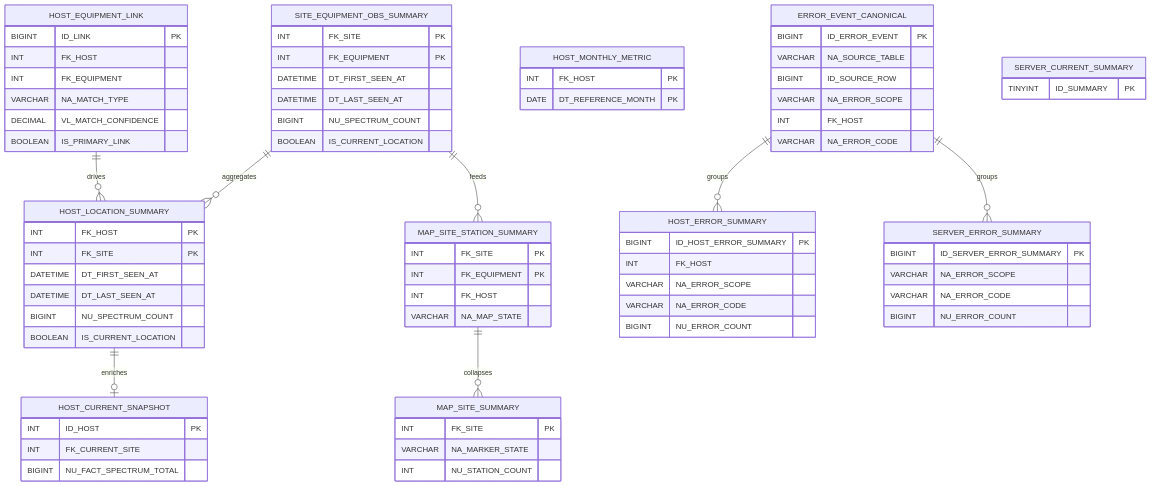
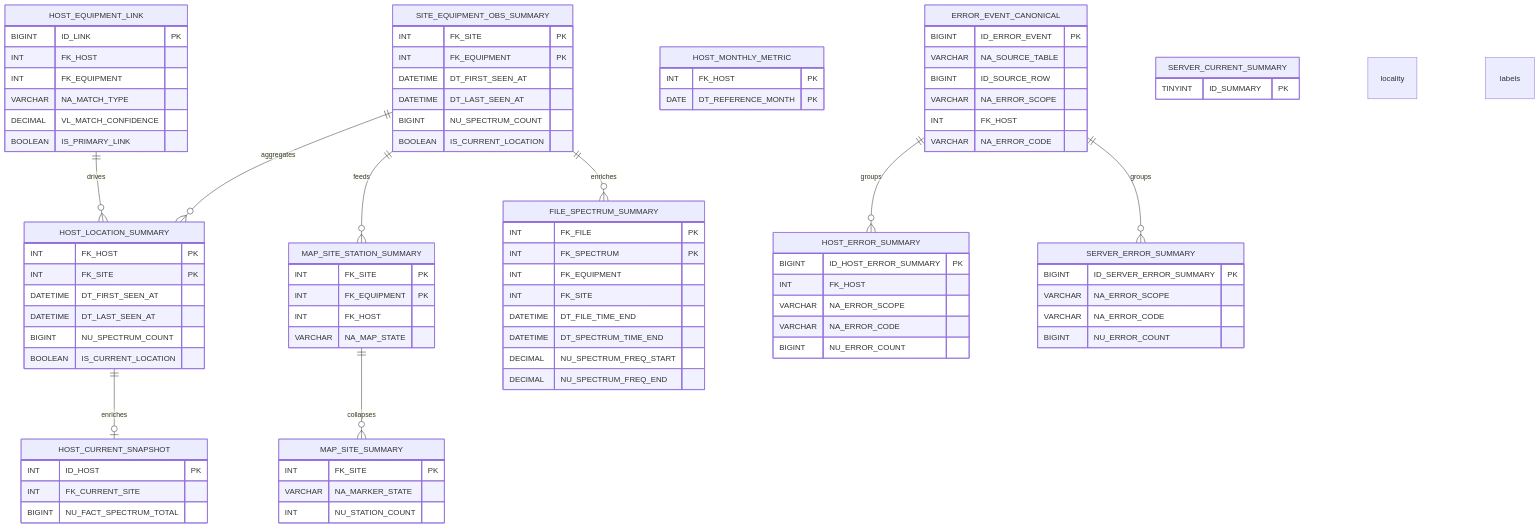
One commit to InovaFiscaliza/RF.Fusion changed the fourth of 4 diagrams in src/mariadb/scripts/DB_INTERCONNECTIONS.md. Above: the diagram before and after it, drawn with Mermaid. The commit also changed other lines of this file and 17 other files, not shown here.

```diff
--- a/src/mariadb/scripts/DB_INTERCONNECTIONS.md
+++ b/src/mariadb/scripts/DB_INTERCONNECTIONS.md
@@ -291,6 +291,17 @@
         INT FK_SITE PK
         VARCHAR NA_MARKER_STATE
         INT NU_STATION_COUNT
+    }
+
+    FILE_SPECTRUM_SUMMARY {
+        INT FK_FILE PK
+        INT FK_SPECTRUM PK
+        INT FK_EQUIPMENT
+        INT FK_SITE
+        DATETIME DT_FILE_TIME_END
+        DATETIME DT_SPECTRUM_TIME_END
+        DECIMAL NU_SPECTRUM_FREQ_START
+        DECIMAL NU_SPECTRUM_FREQ_END
     }
 
     HOST_MONTHLY_METRIC {
@@ -336,6 +347,7 @@
     SITE_EQUIPMENT_OBS_SUMMARY ||--o{ HOST_LOCATION_SUMMARY : aggregates
     SITE_EQUIPMENT_OBS_SUMMARY ||--o{ MAP_SITE_STATION_SUMMARY : feeds
     MAP_SITE_STATION_SUMMARY ||--o{ MAP_SITE_SUMMARY : collapses
+    SITE_EQUIPMENT_OBS_SUMMARY ||--o{ FILE_SPECTRUM_SUMMARY : enriches locality labels
     ERROR_EVENT_CANONICAL ||--o{ HOST_ERROR_SUMMARY : groups
     ERROR_EVENT_CANONICAL ||--o{ SERVER_ERROR_SUMMARY : groups
     HOST_LOCATION_SUMMARY ||--o| HOST_CURRENT_SNAPSHOT : enriches
```
